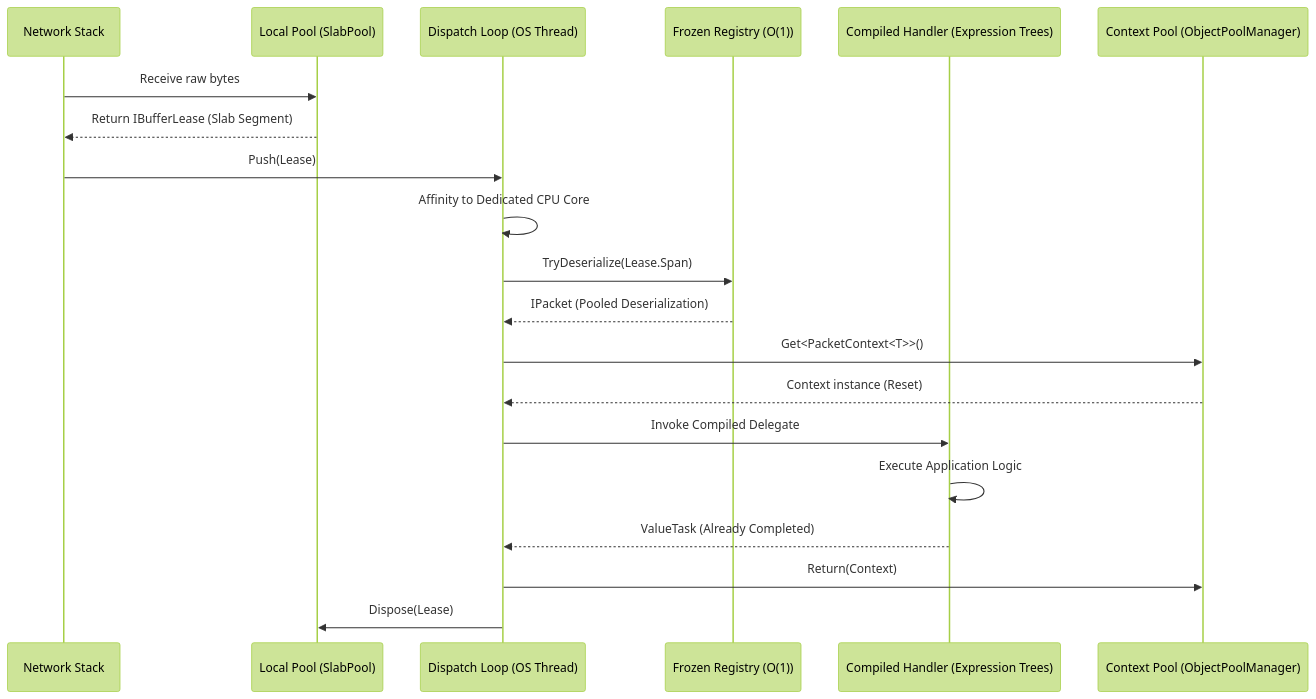
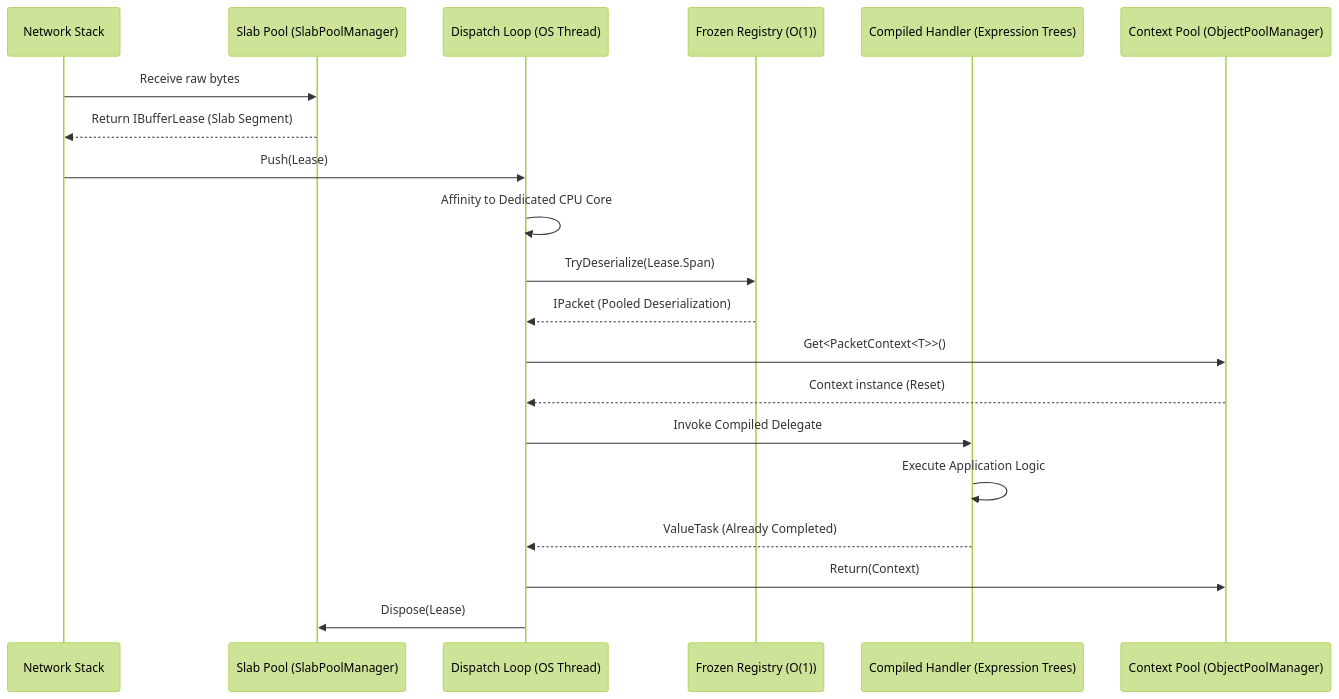
One commit to ppn-systems/Nalix changed the diagram in docs/concepts/internals/zero-allocation.md. Above: the diagram before and after it, drawn with Mermaid (forest theme). The commit also changed other lines of this file and 9 other files, not shown here.

````diff
--- a/docs/concepts/internals/zero-allocation.md
+++ b/docs/concepts/internals/zero-allocation.md
@@ -17,23 +17,23 @@
 ```mermaid
 sequenceDiagram
     participant OS as Network Stack
-    participant LP as Local Pool (SlabPool)
+    participant LP as Slab Pool (SlabPoolManager)
     participant DC as Dispatch Loop (OS Thread)
     participant FR as Frozen Registry (O(1))
     participant CH as Compiled Handler (Expression Trees)
     participant CP as Context Pool (ObjectPoolManager)
 
     OS->>LP: Receive raw bytes
     LP-->>OS: Return IBufferLease (Slab Segment)
     OS->>DC: Push(Lease)
     DC->>DC: Affinity to Dedicated CPU Core
     DC->>FR: TryDeserialize(Lease.Span)
     FR-->>DC: IPacket (Pooled Deserialization)
     DC->>CP: Get<PacketContext<T>>()
     CP-->>DC: Context instance (Reset)
     DC->>CH: Invoke Compiled Delegate
     CH->>CH: Execute Application Logic
     CH-->>DC: ValueTask (Already Completed)
     DC->>CP: Return(Context)
     DC->>LP: Dispose(Lease)
 ```
````
